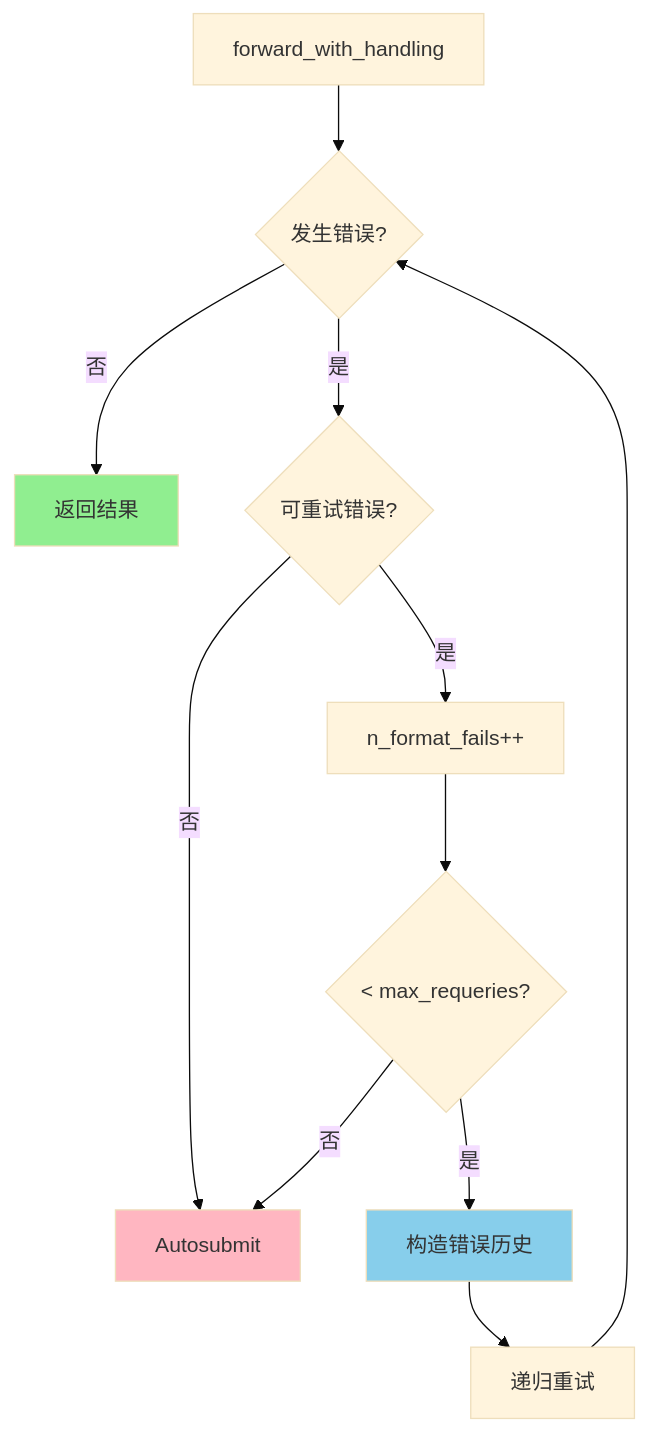
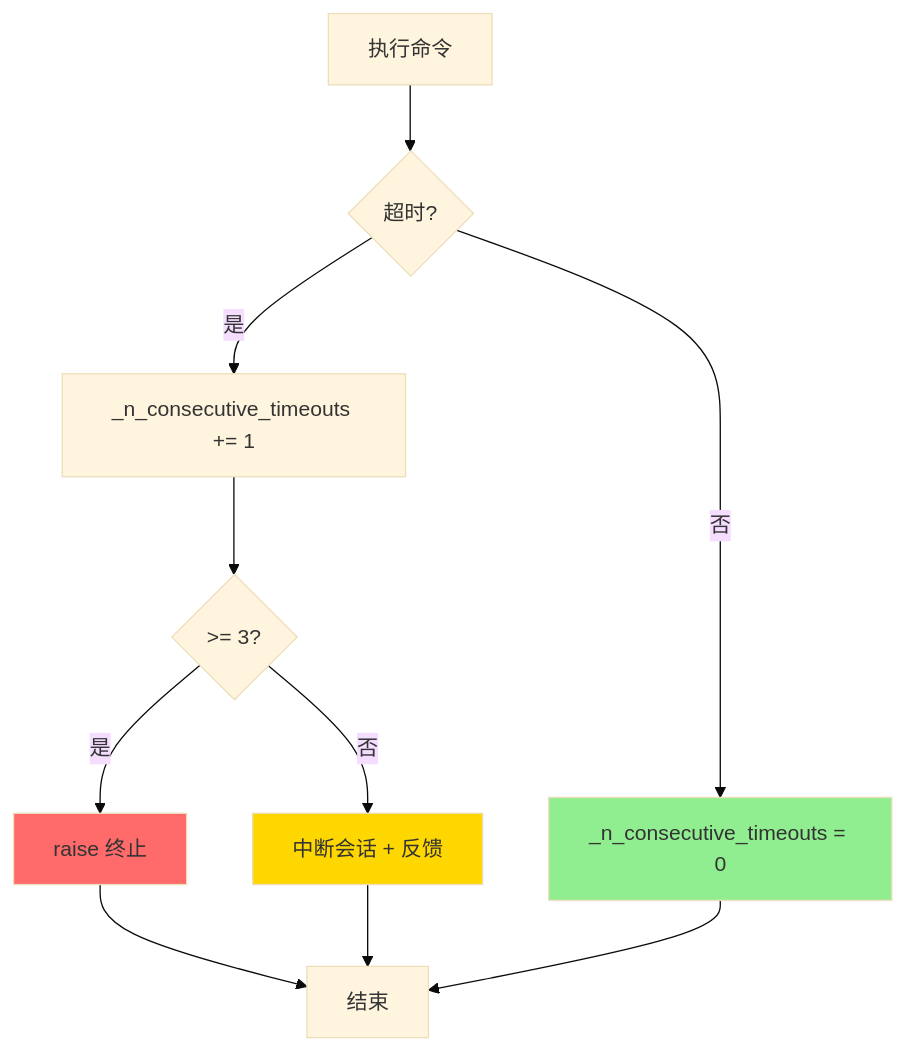
One commit to giraffe-tree/agent-base changed the third of 7 diagrams in docs/swe-agent/questions/swe-agent-infinite-loop-prevention.md. Above: the diagram before and after it, drawn with Mermaid (base theme). The commit also changed other lines of this file and 155 other files, not shown here.

````diff
--- a/docs/swe-agent/questions/swe-agent-infinite-loop-prevention.md
+++ b/docs/swe-agent/questions/swe-agent-infinite-loop-prevention.md
@@ -148,17 +224,17 @@
 ```mermaid
 flowchart TD
-    A[forward_with_handling] --> B{发生错误?}
-    B -->|否| C[返回结果]
-    B -->|是| D{可重试错误?}
-    D -->|否| E[Autosubmit]
-    D -->|是| F[n_format_fails++]
-    F --> G{< max_requeries?}
-    G -->|是| H[构造错误历史]
-    H --> I[递归重试]
-    I --> B
-    G -->|否| E
+    A[执行命令] --> B{超时?}
+    B -->|是| C[_n_consecutive_timeouts += 1]
+    C --> D{>= 3?}
+    D -->|是| E[raise 终止]
+    D -->|否| F[中断会话 + 反馈]
+    B -->|否| G[_n_consecutive_timeouts = 0]
 
-    style C fill:#90EE90
-    style E fill:#FFB6C1
-    style H fill:#87CEEB
+    E --> H[结束]
+    F --> H
+    G --> H
+
+    style E fill:#FF6B6B
+    style F fill:#FFD700
+    style G fill:#90EE90
 ```
````
